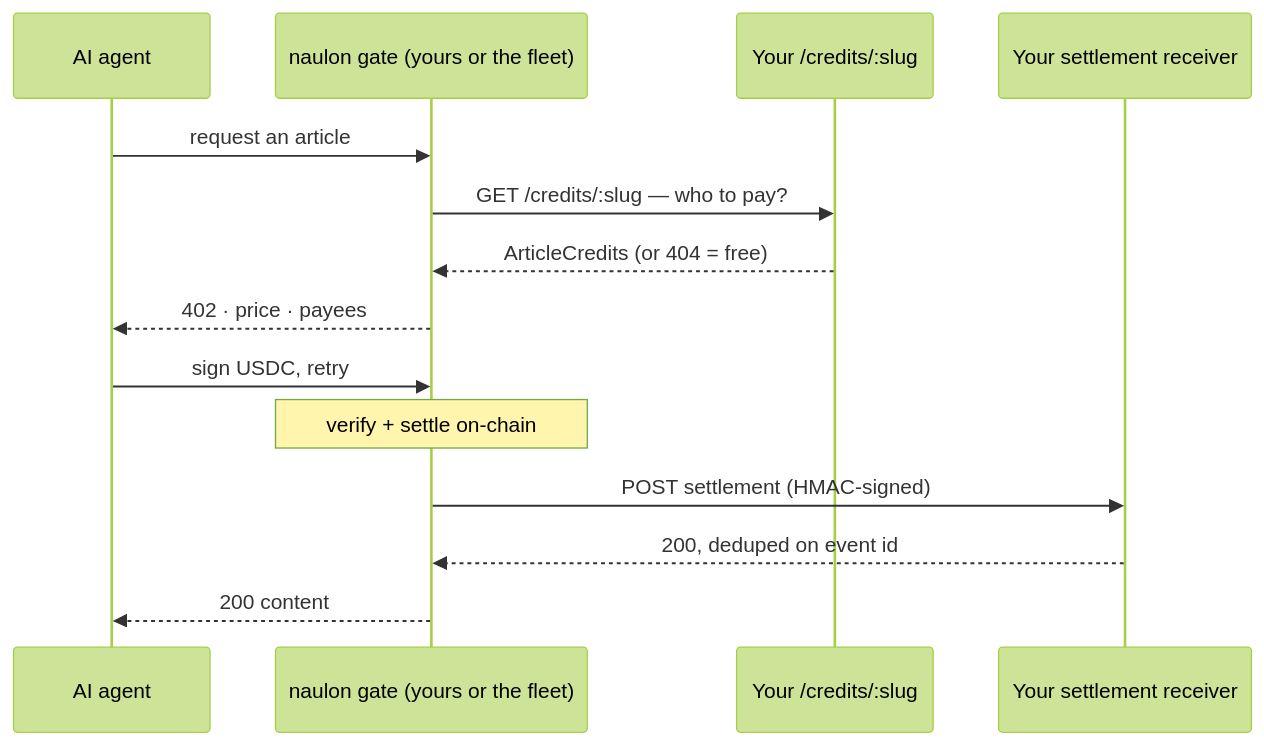
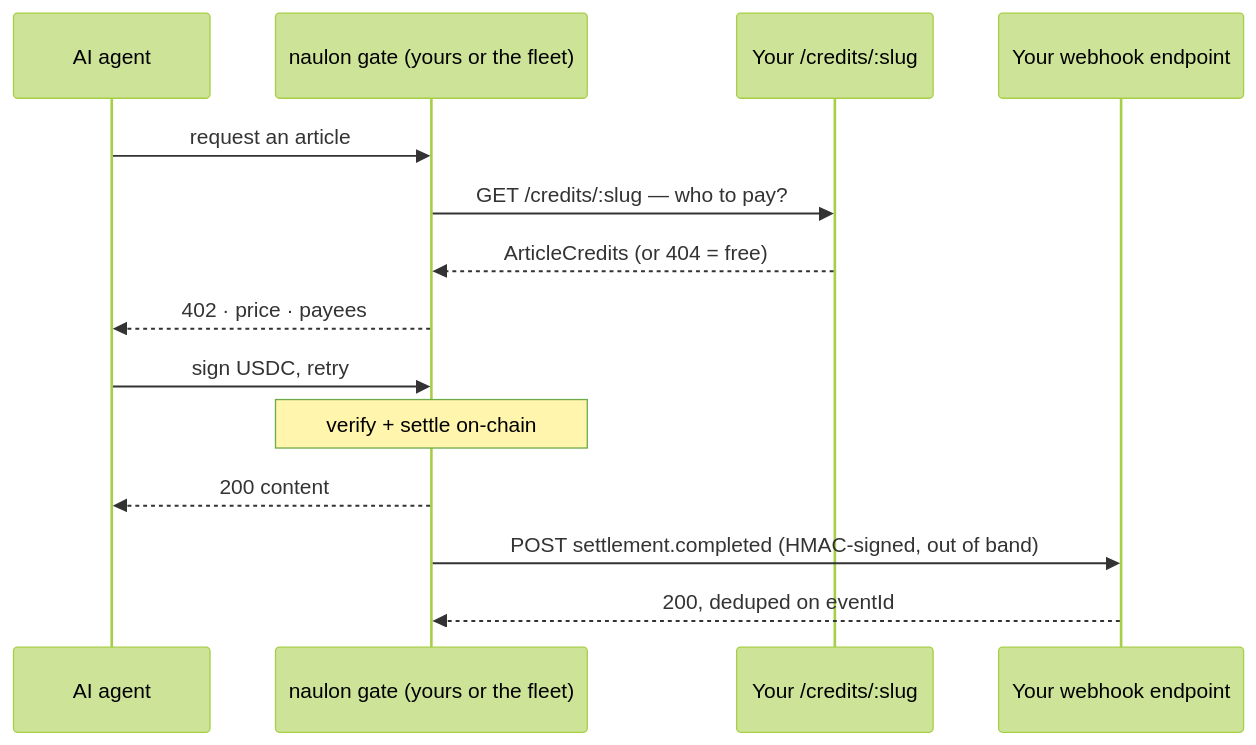
The diagram in docs/integration-guide.md (naulonapp/naulon), drawn with Mermaid (forest theme) before and after one commit. The commit also changed other lines of this file and 43 other files, not shown here.

````diff
--- a/docs/integration-guide.md
+++ b/docs/integration-guide.md
@@ -20,17 +20,17 @@
 ```mermaid
 sequenceDiagram
     participant Ag as AI agent
     participant Gate as naulon gate (yours or the fleet)
     participant Cr as Your /credits/:slug
-    participant Set as Your settlement receiver
+    participant Hook as Your webhook endpoint
 
     Ag->>Gate: request an article
     Gate->>Cr: GET /credits/:slug — who to pay?
     Cr-->>Gate: ArticleCredits (or 404 = free)
     Gate-->>Ag: 402 · price · payees
     Ag->>Gate: sign USDC, retry
     Note over Gate: verify + settle on-chain
-    Gate->>Set: POST settlement (HMAC-signed)
-    Set-->>Gate: 200, deduped on event id
     Gate-->>Ag: 200 content
+    Gate->>Hook: POST settlement.completed (HMAC-signed, out of band)
+    Hook-->>Gate: 200, deduped on eventId
 ```
````
